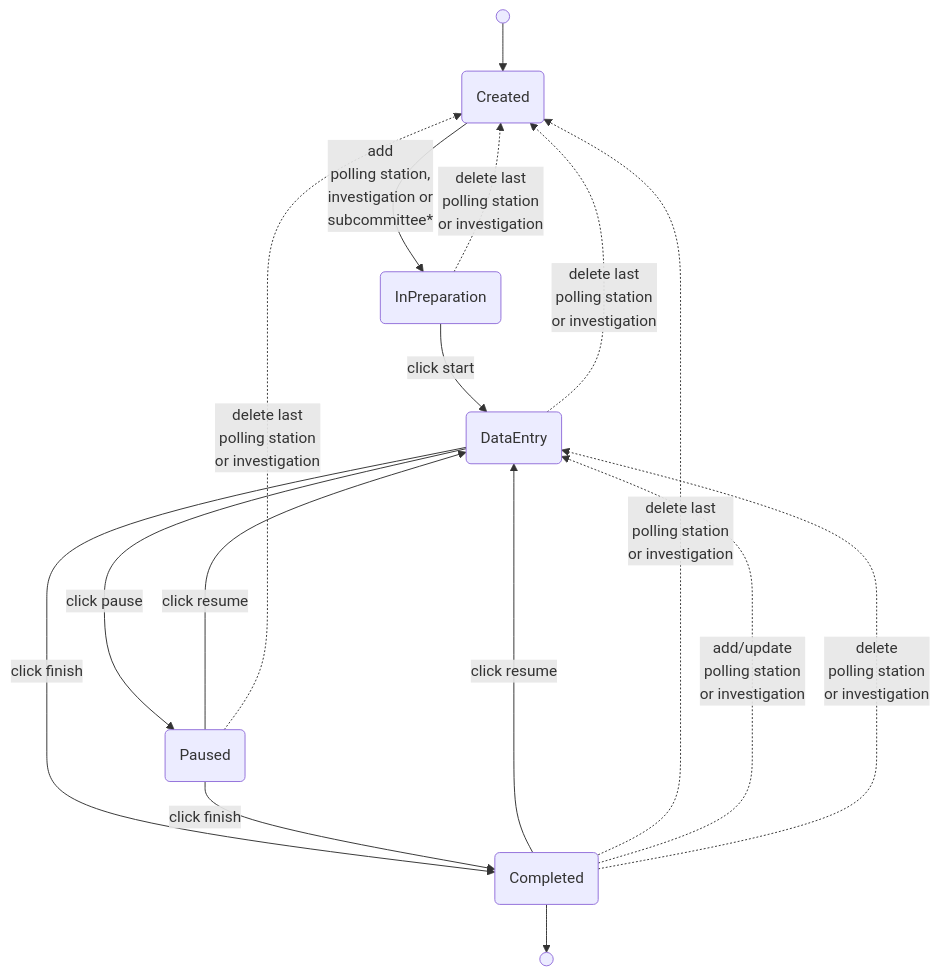
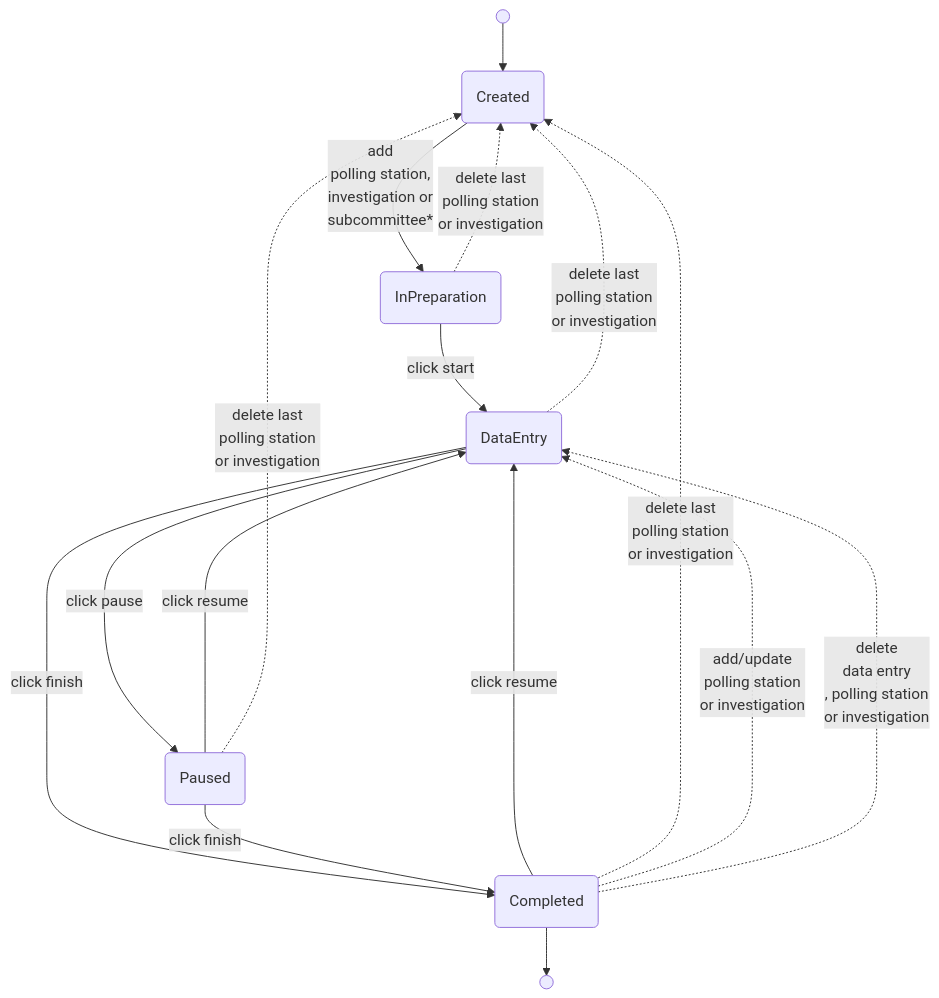
Before and after one commit to kiesraad/abacus: the diagram in documentatie/state-machines/committee-session-state.md, drawn with Mermaid. The commit also changed other lines of this file, not shown here.

````diff
--- a/documentatie/state-machines/committee-session-state.md
+++ b/documentatie/state-machines/committee-session-state.md
@@ -18,31 +18,31 @@
 ```mermaid
 flowchart
   flow_start@{ shape: sm-circ }
   flow_end@{ shape: sm-circ }
 
   created(Created)
   in_preparation(InPreparation)
   data_entry(DataEntry)
   paused(Paused)
   completed(Completed)
 
   flow_start --> created
   in_preparation -->|click start| data_entry
   data_entry -->|click finish| completed
   data_entry -->|click pause| paused
   paused --->|click resume| data_entry
   paused -->|click finish| completed
   completed -->|click resume| data_entry
   completed --> flow_end
 
   paused -.->|delete last<br/>polling station<br/>or investigation| created
   data_entry -.->|delete last<br/>polling station<br/>or investigation| created
   in_preparation -.->|delete last<br/>polling station<br/>or investigation| created
   completed -.->|delete last<br/>polling station<br/>or investigation| created
 
   created -->|add<br/>polling station,<br/>investigation or<br/>subcommittee*| in_preparation
 
   completed -.->|add/update<br/>polling station<br/>or investigation| data_entry
 
-  completed -.->|delete<br/>polling station<br/>or investigation| data_entry
+  completed -.->|delete<br/>data entry<br/>, polling station<br/> or investigation| data_entry
 ```
````
